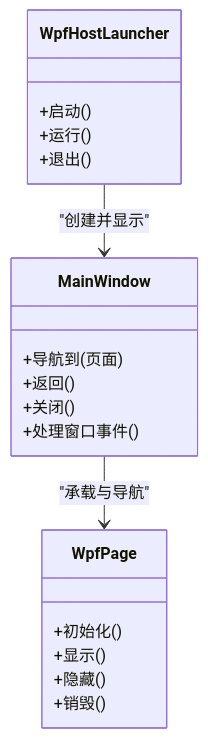
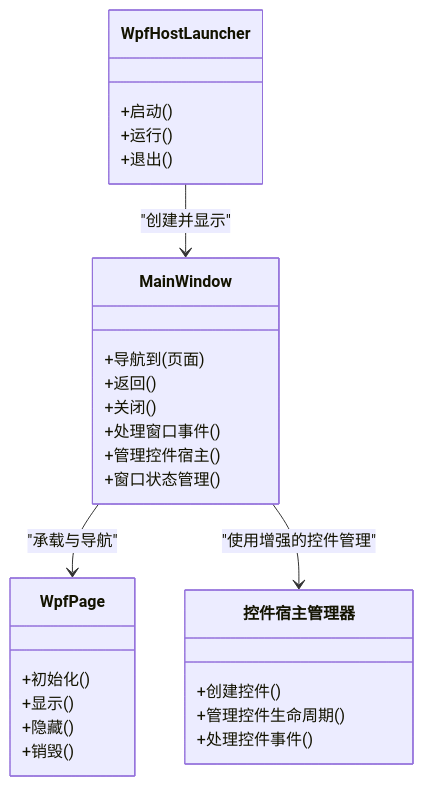
Before and after one commit to fuweiq94-cloud/3399180760: the third of 3 diagrams in .qoder/repowiki/zh/content/WPF宿主层.md, drawn with Mermaid. The commit also changed other lines of this file and 22 other files, not shown here.

````diff
--- a/.qoder/repowiki/zh/content/WPF宿主层.md
+++ b/.qoder/repowiki/zh/content/WPF宿主层.md
@@ -175,22 +202,30 @@
 ```mermaid
 classDiagram
 class WpfHostLauncher {
 +启动()
 +运行()
 +退出()
 }
 class MainWindow {
 +导航到(页面)
 +返回()
 +关闭()
 +处理窗口事件()
++管理控件宿主()
++窗口状态管理()
 }
 class WpfPage {
 +初始化()
 +显示()
 +隐藏()
 +销毁()
 }
+class 控件宿主管理器 {
++创建控件()
++管理控件生命周期()
++处理控件事件()
+}
 WpfHostLauncher --> MainWindow : "创建并显示"
 MainWindow --> WpfPage : "承载与导航"
+MainWindow --> 控件宿主管理器 : "使用增强的控件管理"
 ```
````
